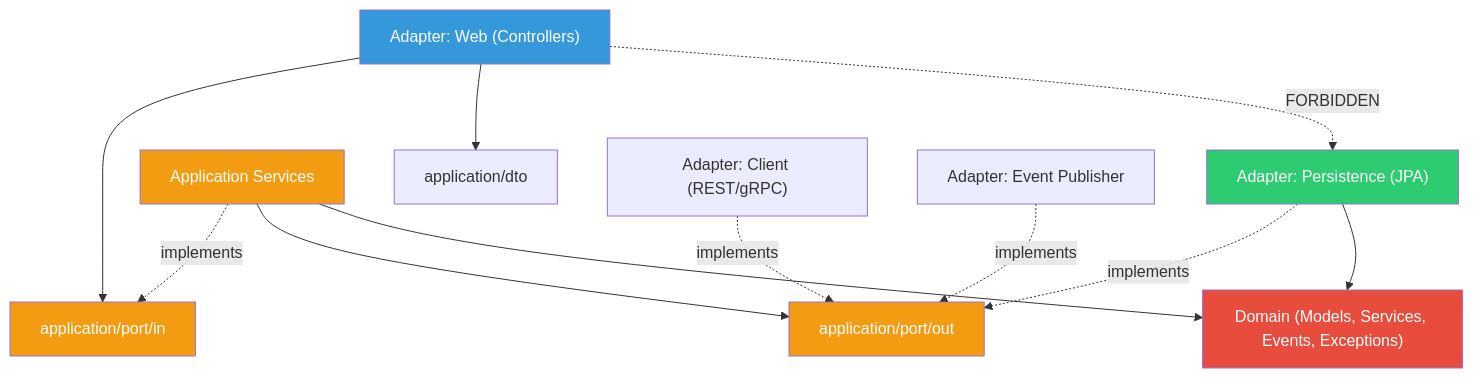
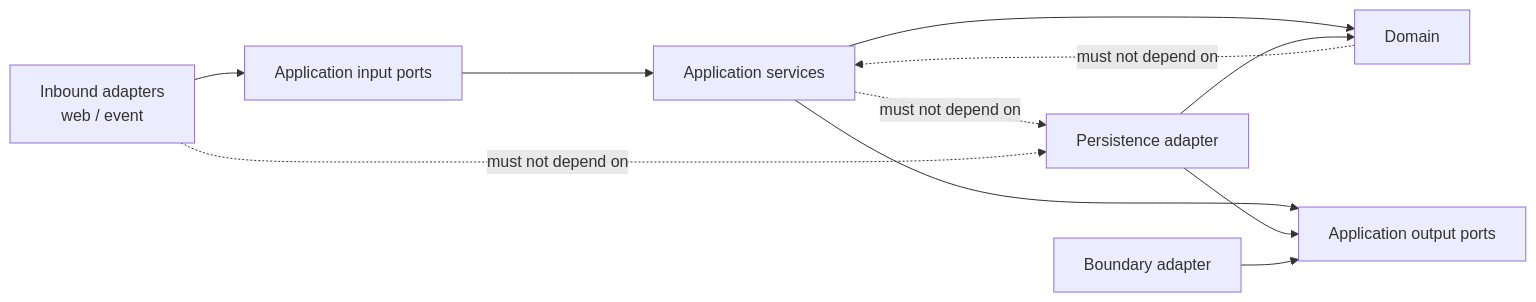
The diagram in docs/architecture/MER-ARCH-003-dependency-rules.md (dongduy-dev/meridian-finance), drawn with Mermaid before and after one commit. The commit also changed other lines of this file and 11 other files, not shown here.

First line of the commit message:
docs: align business and architecture documents (#32)

````diff
--- a/docs/architecture/MER-ARCH-003-dependency-rules.md
+++ b/docs/architecture/MER-ARCH-003-dependency-rules.md
@@ -8,21 +24,14 @@
 ```mermaid
-graph TB
-    WEB["Adapter: Web (Controllers)"] --> IN["application/port/in"]
-    WEB --> DTO["application/dto"]
-    APP["Application Services"] -.->|"implements"| IN
-    APP --> OUT["application/port/out"]
-    APP --> DOMAIN["Domain (Models, Services, Events, Exceptions)"]
-    PERSIST["Adapter: Persistence (JPA)"] -.->|"implements"| OUT
+graph LR
+    WEB["Inbound adapters<br/>web / event"] --> IN["Application input ports"]
+    IN --> APP["Application services"]
+    APP --> DOMAIN["Domain"]
+    APP --> OUT["Application output ports"]
+    PERSIST["Persistence adapter"] --> OUT
     PERSIST --> DOMAIN
-    CLIENT["Adapter: Client (REST/gRPC)"] -.->|"implements"| OUT
-    EVENT["Adapter: Event Publisher"] -.->|"implements"| OUT
-    
-    WEB -.->|FORBIDDEN| PERSIST
-    
-    style DOMAIN fill:#e74c3c,color:#fff
-    style APP fill:#f39c12,color:#fff
-    style IN fill:#f39c12,color:#fff
-    style OUT fill:#f39c12,color:#fff
-    style WEB fill:#3498db,color:#fff
-    style PERSIST fill:#2ecc71,color:#fff
+    BOUNDARY["Boundary adapter"] --> OUT
+
+    DOMAIN -.->|"must not depend on"| APP
+    APP -.->|"must not depend on"| PERSIST
+    WEB -.->|"must not depend on"| PERSIST
 ```
````
